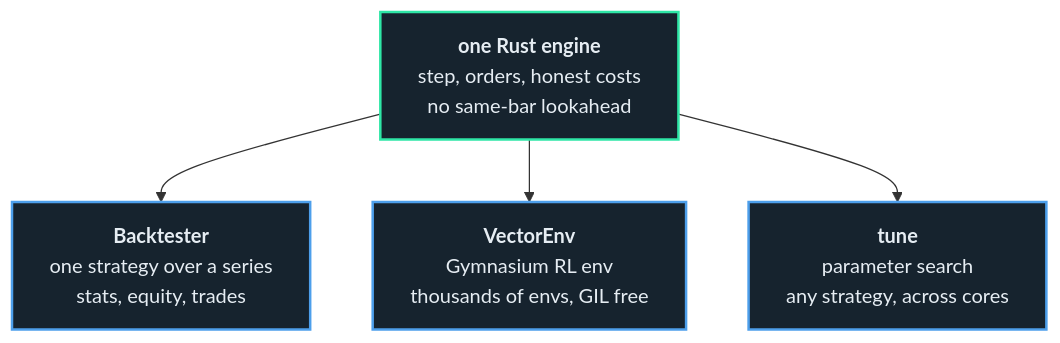
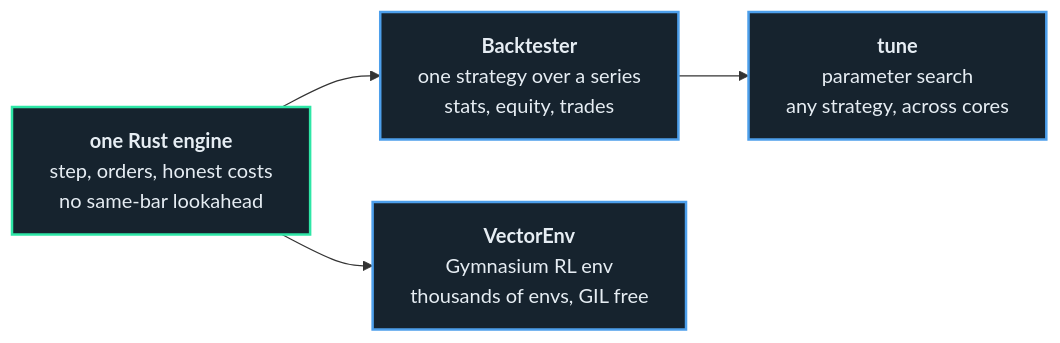
Before and after one commit to atOCEANO/embeddable-market-simulation-library: the diagram in dev/diagrams/205310.mmd, drawn with Mermaid. The commit also changed 3 other files, not shown here.

```diff
--- a/dev/diagrams/205310.mmd
+++ b/dev/diagrams/205310.mmd
@@ -1,14 +1,14 @@
-flowchart TD
+flowchart LR
     E["<b>one Rust engine</b><br/>step, orders, honest costs<br/>no same-bar lookahead"]
     B["<b>Backtester</b><br/>one strategy over a series<br/>stats, equity, trades"]
     V["<b>VectorEnv</b><br/>Gymnasium RL env<br/>thousands of envs, GIL free"]
     T["<b>tune</b><br/>parameter search<br/>any strategy, across cores"]
 
     E --> B
     E --> V
-    E --> T
+    B --> T
 
     classDef entry fill:#16232e,stroke:#4d9feb,stroke-width:2px,color:#e6edf3
     classDef stage fill:#16232e,stroke:#2ee6a6,stroke-width:2px,color:#e6edf3
     class E stage
     class B,V,T entry
```
